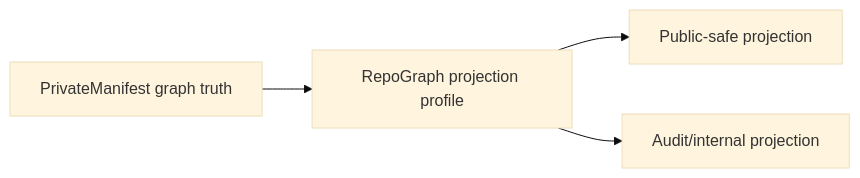
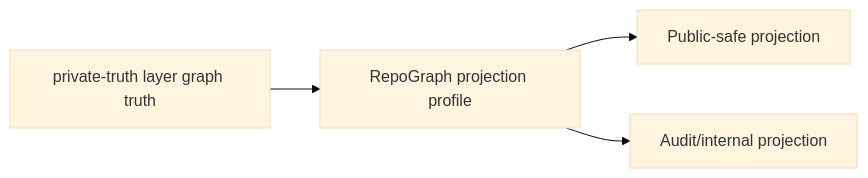
One commit to ProtocolWarden/ProtocolWarden.github.io changed the third of 3 diagrams in docs/architecture/simple-platform-model.md. Above: the diagram before and after it, drawn with Mermaid (base theme). The commit also changed other lines of this file and 16 other files, not shown here.

Commit message:
remove private repo docs from public surface

````diff
--- a/docs/architecture/simple-platform-model.md
+++ b/docs/architecture/simple-platform-model.md
@@ -43,6 +43,6 @@
 ```mermaid
 graph LR
-    PRM[PrivateManifest graph truth] --> RG[RepoGraph projection profile]
+    PRM[private-truth layer graph truth] --> RG[RepoGraph projection profile]
     RG --> PUB[Public-safe projection]
     RG --> AUD[Audit/internal projection]
 ```
````
